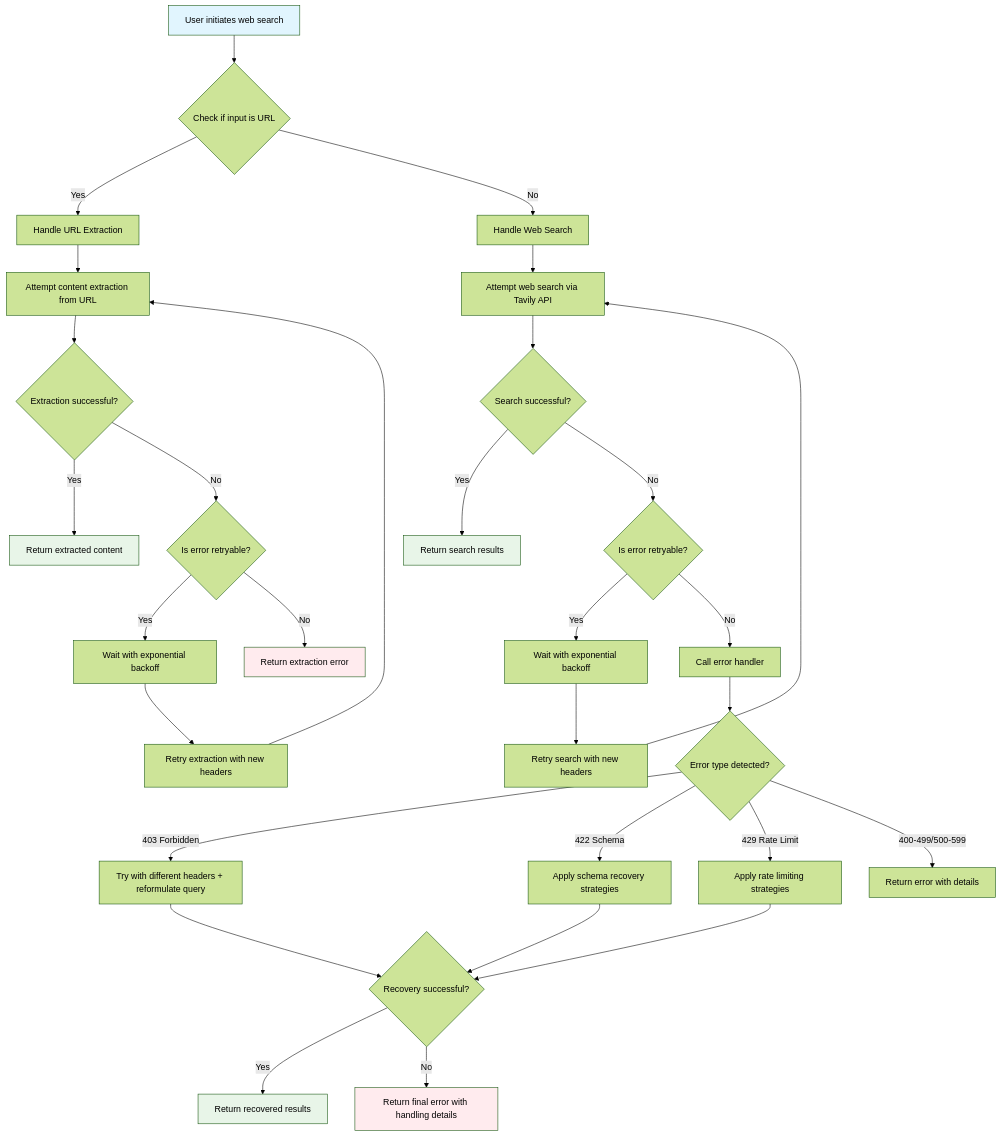
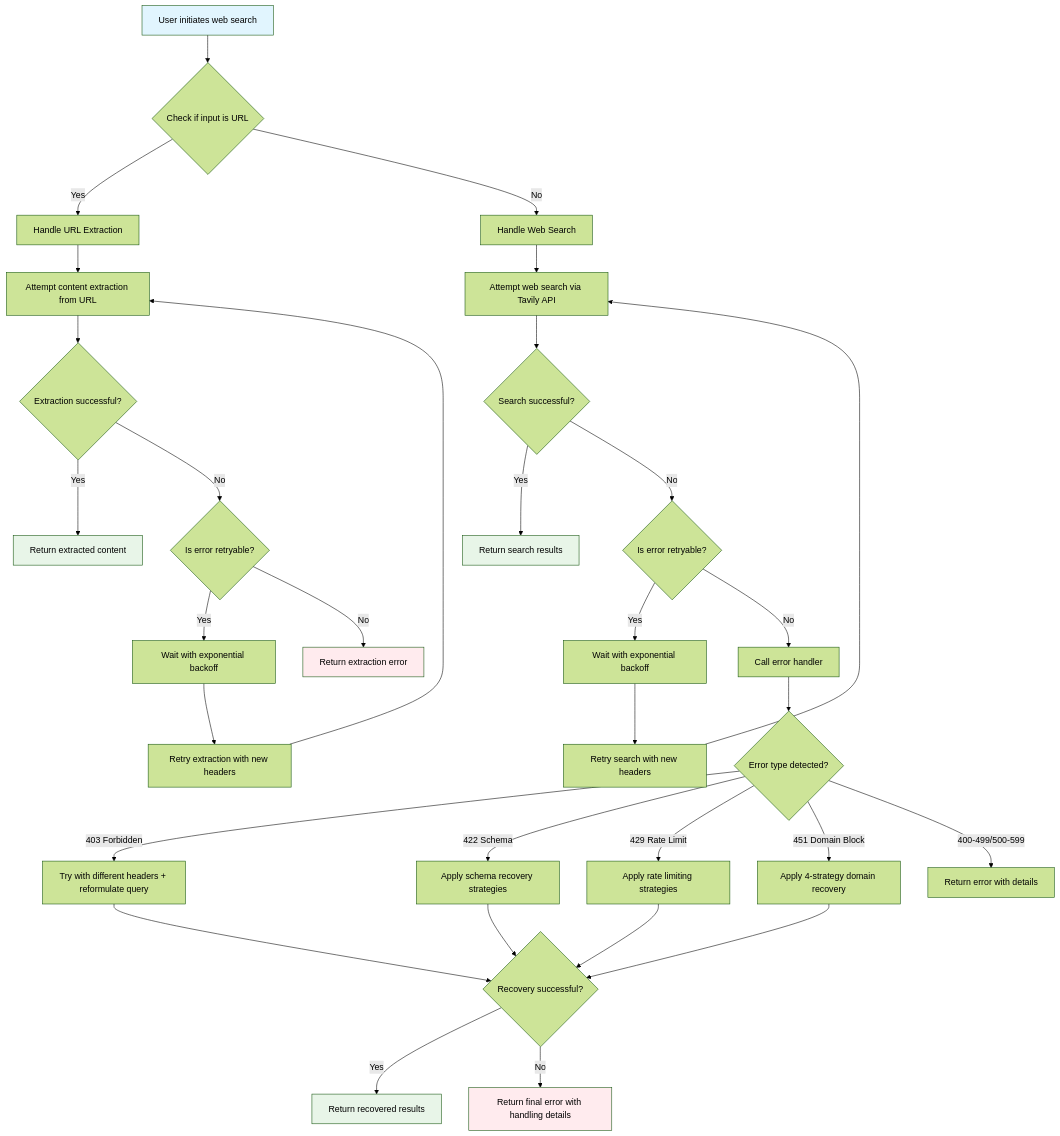
The diagram in plugins/search-plus/README.md (shrwnsan/vibekit-claude-plugins), drawn with Mermaid (forest theme) before and after one commit. The commit also changed other lines of this file and 8 other files, not shown here.

First line of the commit message:
feat: add 451 SecurityCompromiseError handling

````diff
--- a/plugins/search-plus/README.md
+++ b/plugins/search-plus/README.md
@@ -323,43 +390,45 @@
 ```mermaid
 flowchart TD
     A[User initiates web search] --> B{Check if input is URL}
     B -->|Yes| C[Handle URL Extraction]
     B -->|No| D[Handle Web Search]
     
     C --> E[Attempt content extraction from URL]
     E --> F{Extraction successful?}
     F -->|Yes| G[Return extracted content]
     F -->|No| H{Is error retryable?}
     H -->|Yes| I[Wait with exponential backoff]
     I --> J[Retry extraction with new headers]
     J --> E
     H -->|No| K[Return extraction error]
     
     D --> L[Attempt web search via Tavily API]
     L --> M{Search successful?}
     M -->|Yes| N[Return search results]
     M -->|No| O{Is error retryable?}
     O -->|Yes| P[Wait with exponential backoff]
     P --> Q[Retry search with new headers]
     Q --> L
     O -->|No| R[Call error handler]
     
     R --> S{Error type detected?}
     S -->|403 Forbidden| T[Try with different headers + reformulate query]
     S -->|422 Schema| U[Apply schema recovery strategies]
     S -->|429 Rate Limit| V[Apply rate limiting strategies]
+    S -->|451 Domain Block| X[Apply 4-strategy domain recovery]
     S -->|400-499/500-599| W[Return error with details]
     
-    T --> X{Recovery successful?}
-    U --> X
-    V --> X
-    X -->|Yes| Y[Return recovered results]
-    X -->|No| Z[Return final error with handling details]
+    T --> Y{Recovery successful?}
+    U --> Y
+    V --> Y
+    X --> Y
+    Y -->|Yes| AA[Return recovered results]
+    Y -->|No| Z[Return final error with handling details]
     
     style A fill:#e1f5fe
     style G fill:#e8f5e8
     style N fill:#e8f5e8
-    style Y fill:#e8f5e8
+    style AA fill:#e8f5e8
     style K fill:#ffebee
     style Z fill:#ffebee
 ```
````
